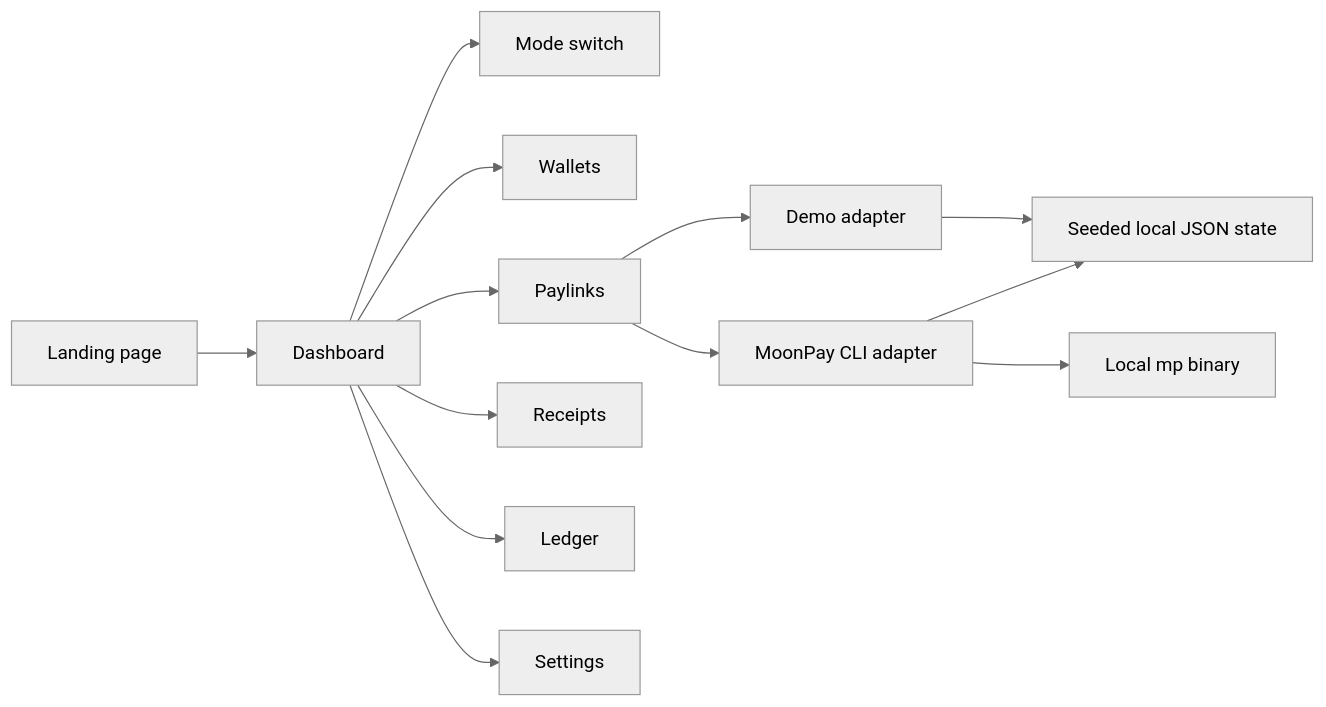
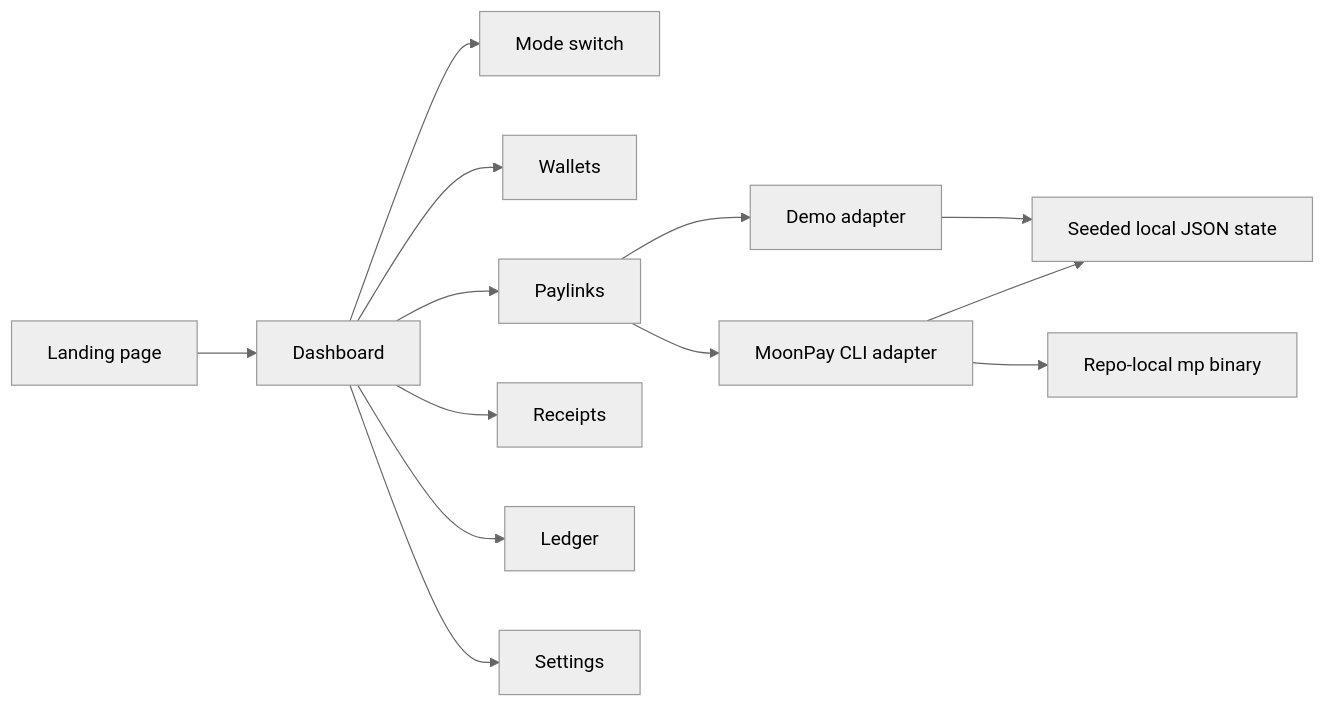
Before and after one commit to p0s/PaylinkOps: the diagram in README.md, drawn with Mermaid (neutral theme). The commit also changed other lines of this file and 7 other files, not shown here.

````diff
--- a/README.md
+++ b/README.md
@@ -67,15 +116,15 @@
 ```mermaid
 flowchart LR
   A["Landing page"] --> B["Dashboard"]
   B --> C["Mode switch"]
   B --> D["Wallets"]
   B --> E["Paylinks"]
   B --> F["Receipts"]
   B --> G["Ledger"]
   B --> H["Settings"]
   E --> I["Demo adapter"]
   E --> J["MoonPay CLI adapter"]
-  J --> K["Local mp binary"]
+  J --> K["Repo-local mp binary"]
   I --> L["Seeded local JSON state"]
   J --> L
 ```
````
